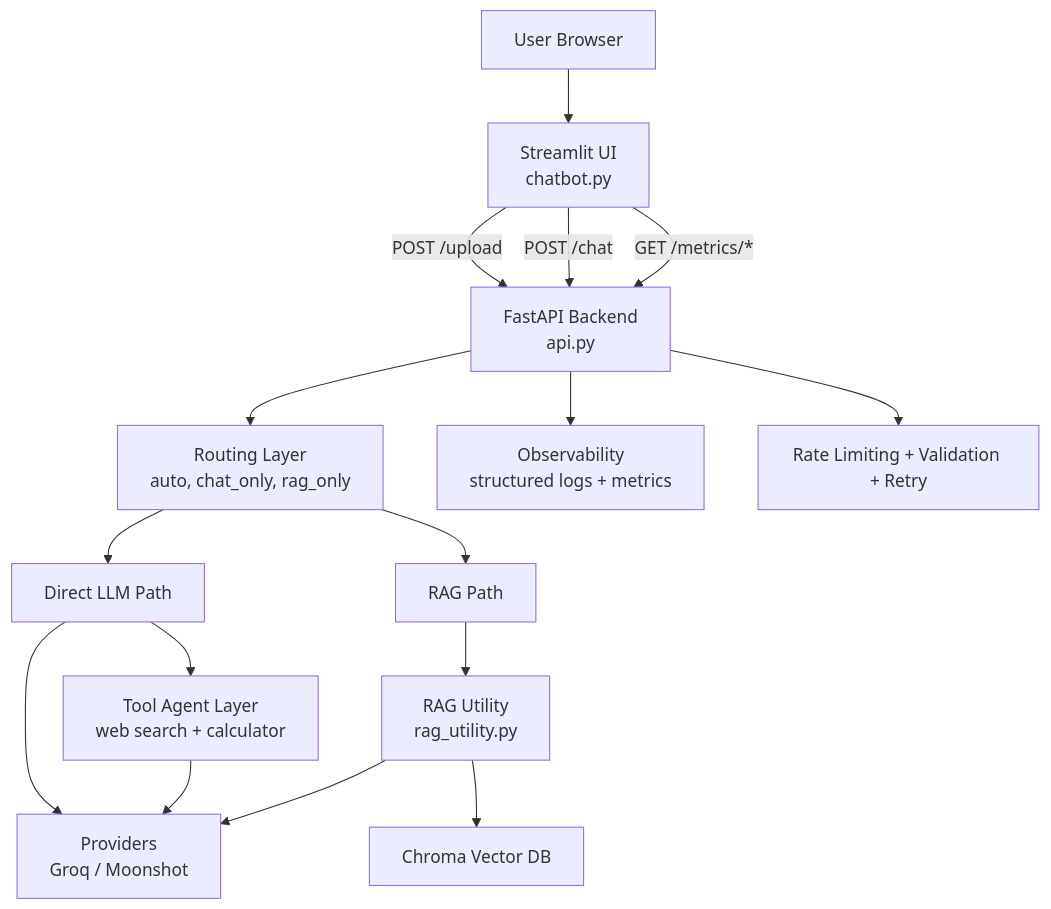
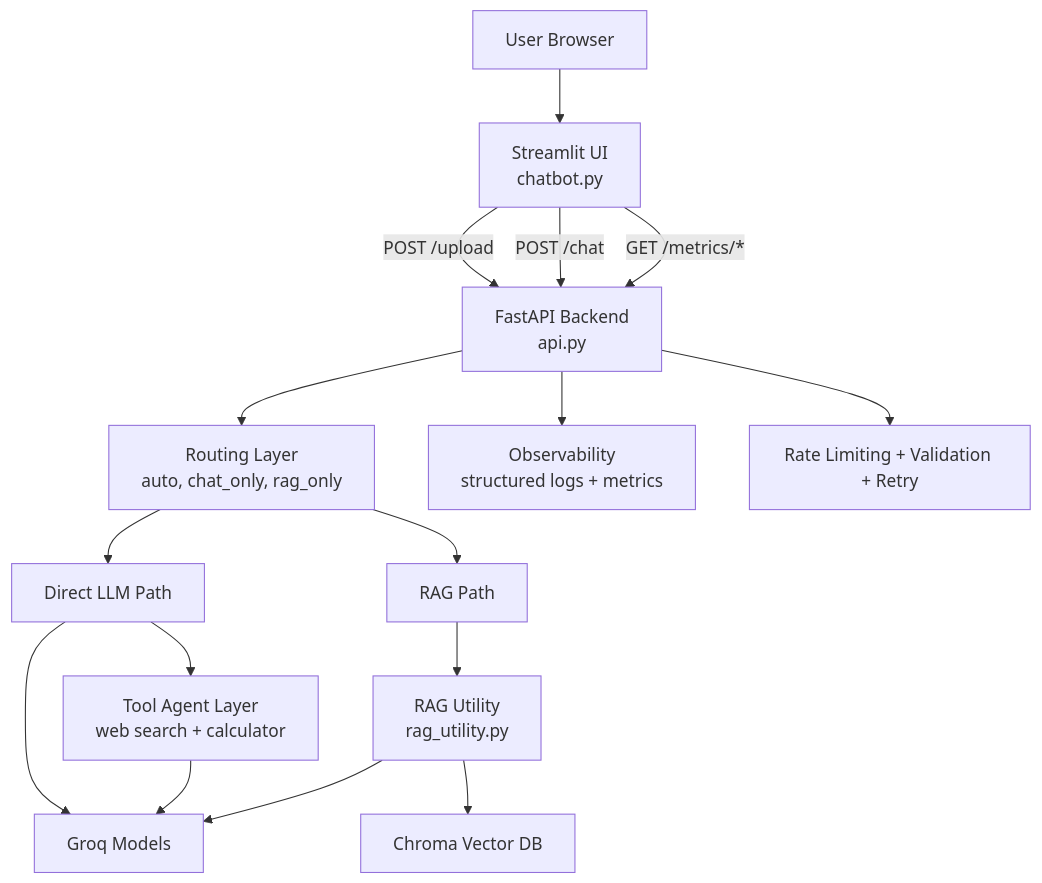
The diagram in README.md (pranjal-pr/chatbot), drawn with Mermaid before and after one commit. The commit also changed other lines of this file and 14 other files, not shown here.

````diff
--- a/README.md
+++ b/README.md
@@ -38,21 +58,21 @@
 ```mermaid
 flowchart TD
     A[User Browser] --> B[Streamlit UI<br/>chatbot.py]
     B -->|POST /upload| C[FastAPI Backend<br/>api.py]
     B -->|POST /chat| C
     B -->|GET /metrics/*| C
 
     C --> D[Routing Layer<br/>auto, chat_only, rag_only]
     D --> E[Direct LLM Path]
     D --> F[RAG Path]
     E --> L[Tool Agent Layer<br/>web search + calculator]
 
-    E --> G[Providers<br/>Groq / Moonshot]
+    E --> G[Groq Models]
     L --> G
     F --> H[RAG Utility<br/>rag_utility.py]
     H --> I[Chroma Vector DB]
     H --> G
 
     C --> J[Observability<br/>structured logs + metrics]
     C --> K[Rate Limiting + Validation + Retry]
 ```
````
